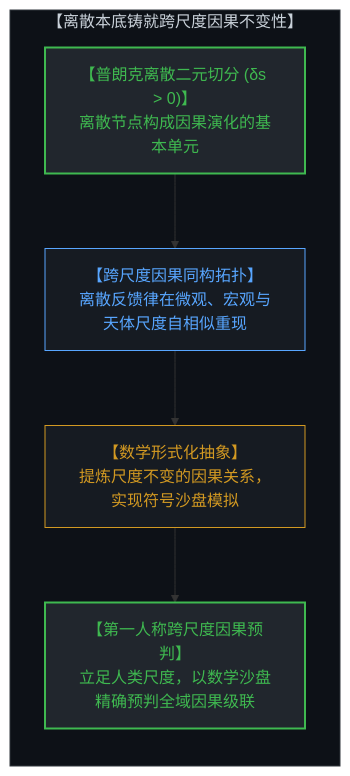
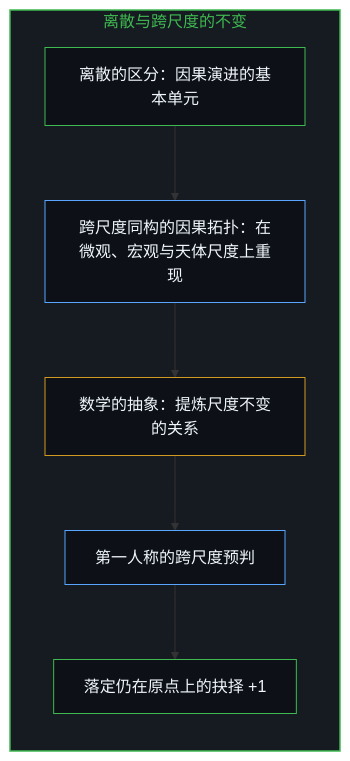
One commit to powerpig99/not-a-toe changed the ninth of 12 diagrams in content/posts/the-illusion-of-the-tool-and-the-inversion-of-time.md. Above: the diagram before and after it, drawn with Mermaid. The commit also changed other lines of this file and 2 other files, not shown here.

Commit message:
Refine the-illusion-of-the-tool: alternating bilingual layout, six paired diagrams, continuity as the coherence of causality, implicit first person

````diff
--- a/content/posts/the-illusion-of-the-tool-and-the-inversion-of-time.md
+++ b/content/posts/the-illusion-of-the-tool-and-the-inversion-of-time.md
@@ -251,18 +233,22 @@
 ```mermaid
-graph TD
-    subgraph DiscreteInvariance["【离散本底铸就跨尺度因果不变性】"]
+flowchart TD
+    subgraph S_Invariant["离散与跨尺度的不变"]
         direction TB
-        BinaryDistinction["【普朗克离散二元切分 (δs > 0)】<br>离散节点构成因果演化的基本单元"]
-        ScaleInvariantTopology["【跨尺度因果同构拓扑】<br>离散反馈律在微观、宏观与天体尺度自相似重现"]
-        MathAbstraction["【数学形式化抽象】<br>提炼尺度不变的因果关系，实现符号沙盘模拟"]
-        FirstPersonPrevision["【第一人称跨尺度因果预判】<br>立足人类尺度，以数学沙盘精确预判全域因果级联"]
-        BinaryDistinction --> ScaleInvariantTopology
-        ScaleInvariantTopology --> MathAbstraction
-        MathAbstraction --> FirstPersonPrevision
+        Cut["离散的区分：因果演进的基本单元"]
+        Topology["跨尺度同构的因果拓扑：在微观、宏观与天体尺度上重现"]
+        Abstract["数学的抽象：提炼尺度不变的关系"]
+        Foresee["第一人称的跨尺度预判"]
+        Settle["落定仍在原点上的抉择 +1"]
+        Cut --> Topology
+        Topology --> Abstract
+        Abstract --> Foresee
+        Foresee --> Settle
     end
-    style DiscreteInvariance fill:#0d1117,stroke:#30363d,stroke-width:1px,color:#c9d1d9
-    style BinaryDistinction fill:#21262d,stroke:#3fb950,stroke-width:2px,color:#3fb950
-    style ScaleInvariantTopology fill:#161b22,stroke:#58a6ff,stroke-width:1px,color:#58a6ff
-    style MathAbstraction fill:#161b22,stroke:#d29922,stroke-width:1px,color:#d29922
-    style FirstPersonPrevision fill:#21262d,stroke:#3fb950,stroke-width:2px,color:#3fb950
+
+    style S_Invariant fill:#161b22,stroke:#3fb950,stroke-width:1.5px,color:#3fb950
+    style Cut fill:#0d1117,stroke:#3fb950,stroke-width:1px,color:#f0f6fc
+    style Topology fill:#0d1117,stroke:#58a6ff,stroke-width:1px,color:#f0f6fc
+    style Abstract fill:#0d1117,stroke:#d29922,stroke-width:1px,color:#f0f6fc
+    style Foresee fill:#0d1117,stroke:#58a6ff,stroke-width:1px,color:#f0f6fc
+    style Settle fill:#0d1117,stroke:#3fb950,stroke-width:1px,color:#f0f6fc
 ```
````
